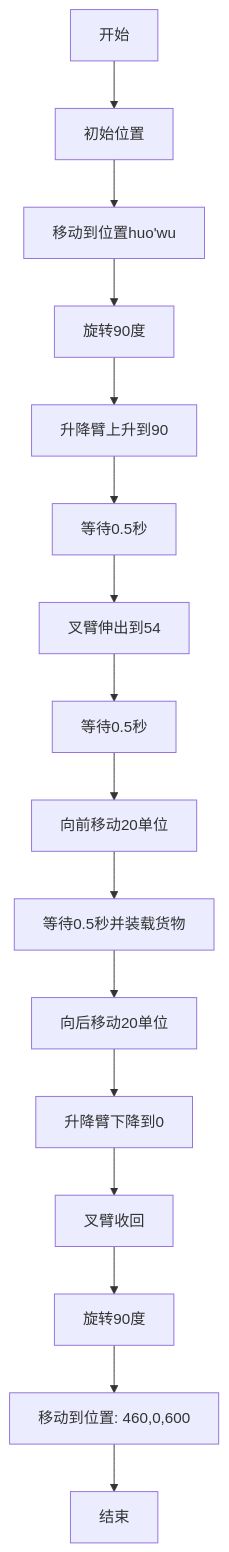
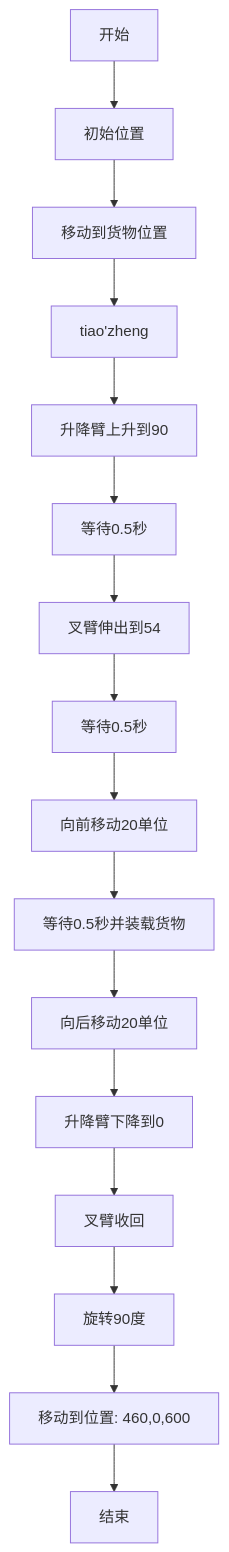
One commit to Mrmilu212/iodraw-files changed the diagram in all/未命名-1.md. Above: the diagram before and after it, drawn with Mermaid.

Commit message:
2025-05-20 14:21:53 update

````diff
--- a/all/未命名-1.md
+++ b/all/未命名-1.md
@@ -1,18 +1,18 @@
 ```mermaid
 graph TD
     A[开始] --> B[初始位置]
-    B --> C[移动到位置huo'wu]
-    C --> D[旋转90度]
+    B --> C[移动到货物位置]
+    C --> D[tiao'zheng]
     D --> E[升降臂上升到90]
     E --> F[等待0.5秒]
     F --> G[叉臂伸出到54]
     G --> H[等待0.5秒]
     H --> I[向前移动20单位]
     I --> J[等待0.5秒并装载货物]
     J --> K[向后移动20单位]
     K --> L[升降臂下降到0]
     L --> M[叉臂收回]
     M --> N[旋转90度]
     N --> O[移动到位置: 460,0,600]
     O --> P[结束]
 ```
````
